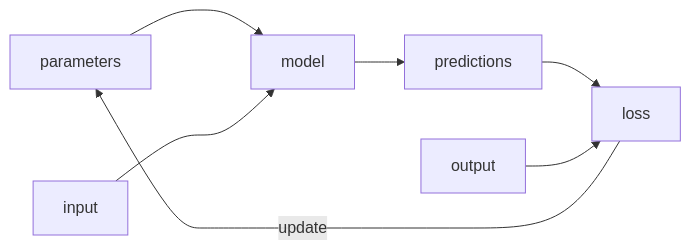
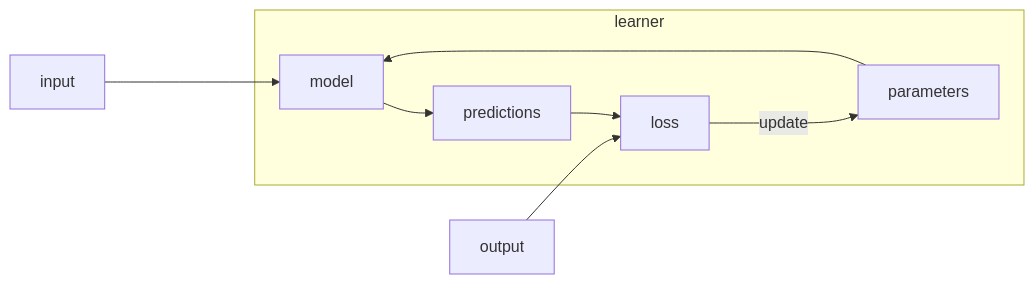
Before and after one commit to nicoladerric/nicoladerric.github.io: the third of 3 diagrams in _posts/2023-08-16-rivoluzione.md, drawn with Mermaid. The commit also changed other lines of this file, not shown here.

````diff
--- a/_posts/2023-08-16-rivoluzione.md
+++ b/_posts/2023-08-16-rivoluzione.md
@@ -31,9 +31,11 @@
 ```mermaid
 flowchart LR;
+    input ----> model;
+    subgraph learner
     parameters --> model;
-    input ---> model;
     model --> predictions;
     predictions --> loss;
+    loss ---> |update|parameters;
+    end
     output --> loss;
-    loss -----> |update|parameters;
 ```
````
